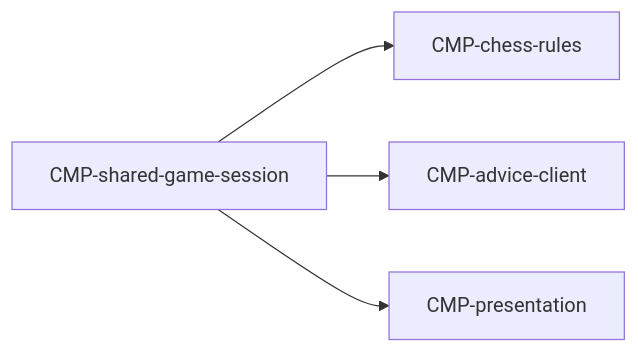
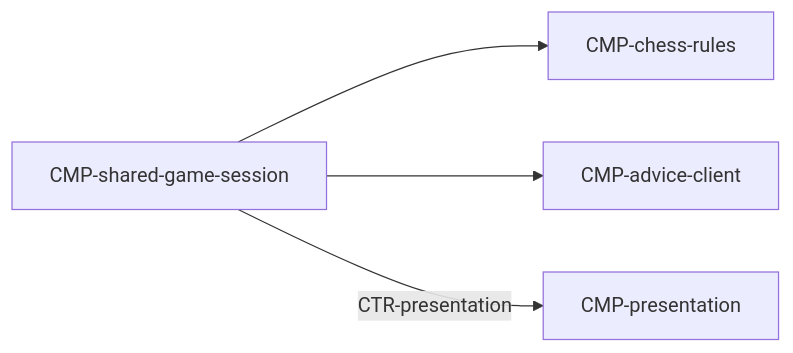
The diagram in specs/technical/components/shared-game-session.md (waigore/simplechessv2), drawn with Mermaid before and after one commit. The commit also changed other lines of this file and 120 other files, not shown here.

````diff
--- a/specs/technical/components/shared-game-session.md
+++ b/specs/technical/components/shared-game-session.md
@@ -39,10 +39,10 @@
 ```mermaid
 flowchart LR
   S[CMP-shared-game-session]
   C[CMP-chess-rules]
   A[CMP-advice-client]
   V[CMP-presentation]
   S --> C
   S --> A
-  S --> V
+  S -->|CTR-presentation| V
 ```
````
